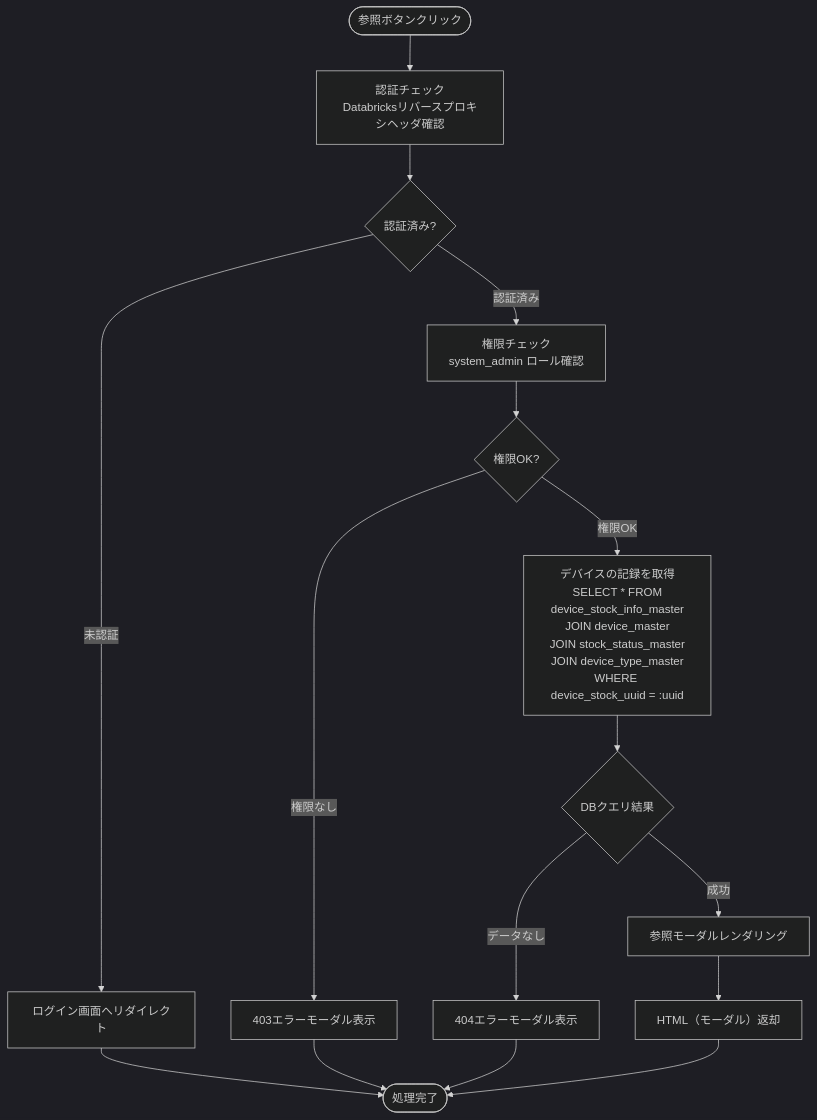
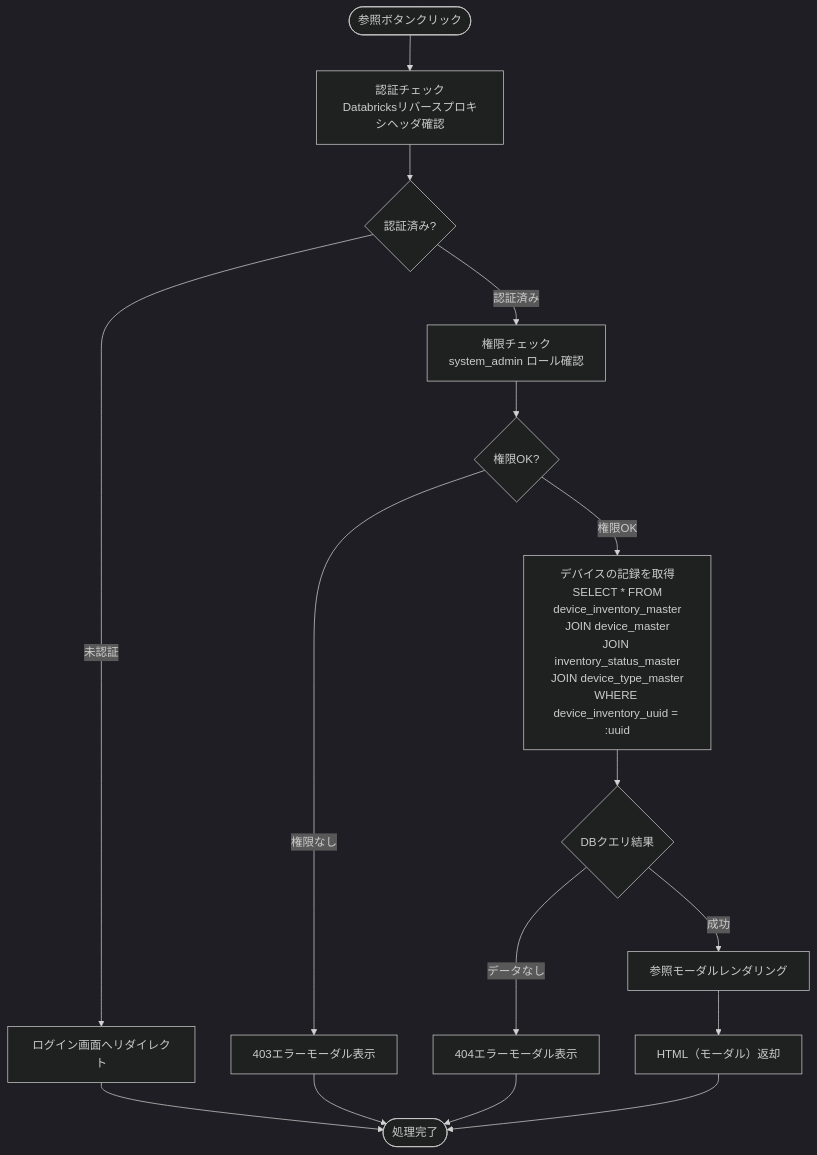
One commit to NSW-SVCP-AIWG002/Databricks-IoT changed the eighth of 9 diagrams in docs/03-features/flask-app/device-inventory/workflow-specification.md. Above: the diagram before and after it, drawn with Mermaid (dark theme). The commit also changed other lines of this file and 4 other files, not shown here.

````diff
--- a/docs/03-features/flask-app/device-inventory/workflow-specification.md
+++ b/docs/03-features/flask-app/device-inventory/workflow-specification.md
@@ -740,22 +740,22 @@
 ```mermaid
 flowchart TD
     Start([参照ボタンクリック]) --> Auth[認証チェック<br>Databricksリバースプロキシヘッダ確認]
     Auth --> CheckAuth{認証済み?}
     CheckAuth -->|未認証| Error401[ログイン画面へリダイレクト]
     Error401 --> End([処理完了])
 
     CheckAuth -->|認証済み| Permission[権限チェック<br>system_admin ロール確認]
     Permission --> CheckPerm{権限OK?}
     CheckPerm -->|権限なし| Error403[403エラーモーダル表示]
     Error403 --> End
 
-    CheckPerm -->|権限OK| Query[デバイスの記録を取得<br>SELECT * FROM<br>device_stock_info_master<br>JOIN device_master<br>JOIN stock_status_master<br>JOIN device_type_master<br>WHERE device_stock_uuid = :uuid]
+    CheckPerm -->|権限OK| Query[デバイスの記録を取得<br>SELECT * FROM<br>device_inventory_master<br>JOIN device_master<br>JOIN inventory_status_master<br>JOIN device_type_master<br>WHERE device_inventory_uuid = :uuid]
     Query --> CheckDB{DBクエリ結果}
 
     CheckDB -->|データなし| Error404[404エラーモーダル表示]
     Error404 --> End
 
     CheckDB -->|成功| Template[参照モーダルレンダリング]
     Template --> Response[HTML（モーダル）返却]
     Response --> End
 ```
````
